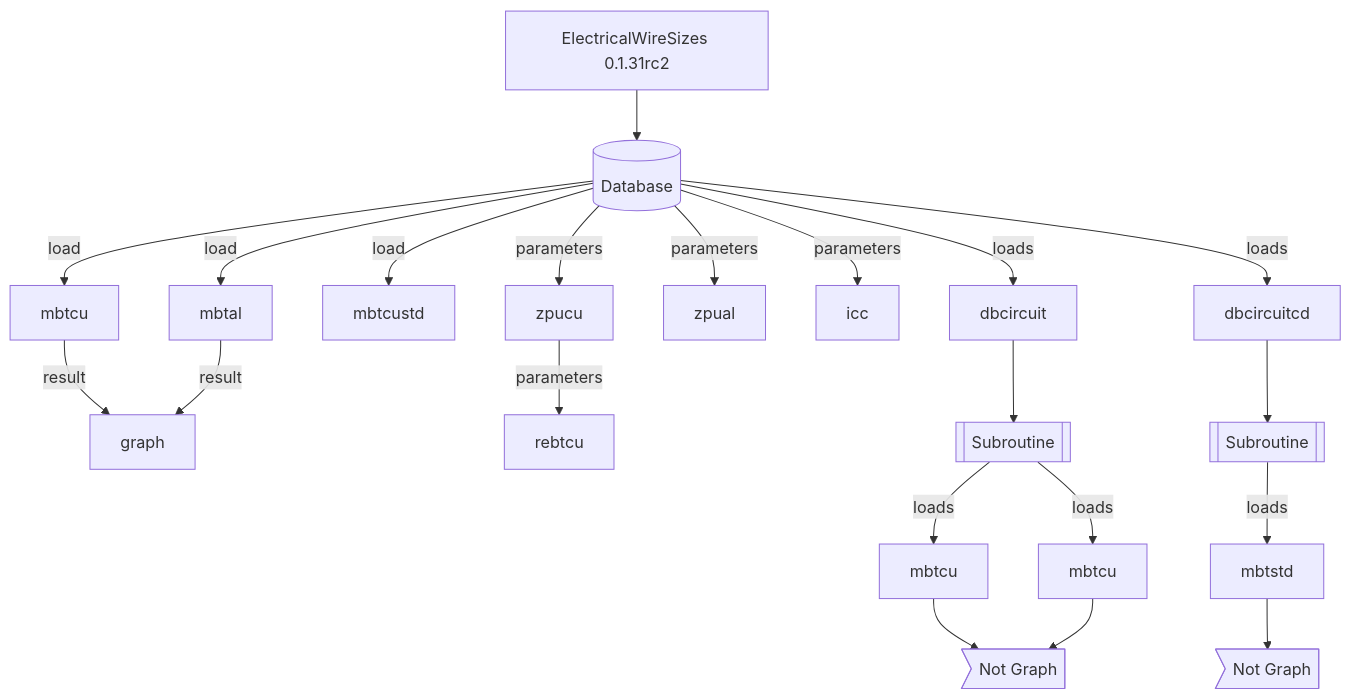
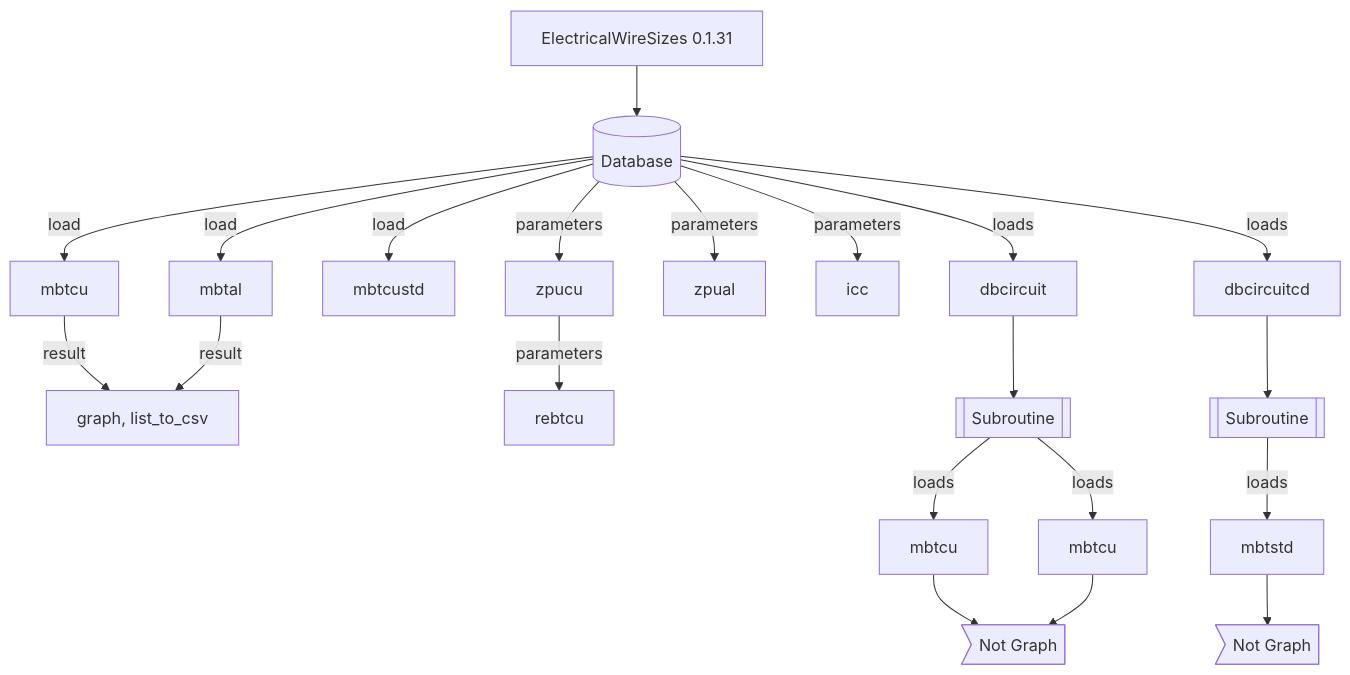
Before and after one commit to jacometoss/PyEWS: the diagram in README.md, drawn with Mermaid. The commit also changed other lines of this file, not shown here.

````diff
--- a/README.md
+++ b/README.md
@@ -182,17 +191,17 @@
 ```mermaid
 graph TD
 
-B[ElectricalWireSizes 0.1.31rc2]-->db[(Database)]
-	db -->|load| A[mbtcu]-->|result| I[graph]
-    db -->|load| C[mbtal]-->|result| I[graph]	
+B[ElectricalWireSizes 0.1.31]-->db[(Database)]
+	db -->|load| A[mbtcu]-->|result| I[graph, list_to_csv]
+    db -->|load| C[mbtal]-->|result| I[graph, list_to_csv]	
     db -->|load| D[mbtcustd]
     db -->|parameters| E[zpucu]
     db -->|parameters| F[zpual]
     db -->|parameters| J[icc]
     E -->|parameters| rd[rebtcu]
     db -->|loads| G[dbcircuit] --> H[[Subroutine]]
     H -->|loads| k[mbtcu]--> id1>Not Graph]
     H -->|loads| l[mbtcu]--> id1>Not Graph]
     db -->|loads| M[dbcircuitcd] --> N[[Subroutine]]
     N -->|loads| O[mbtstd]--> id2>Not Graph]   
 ```
````
